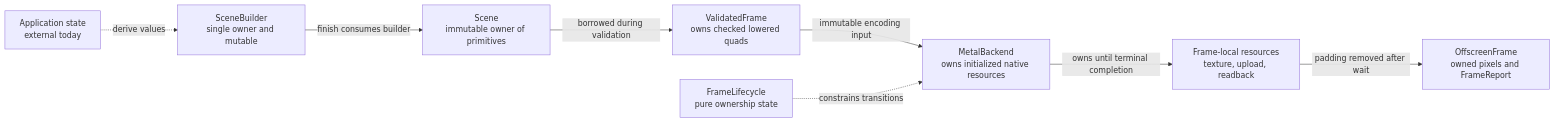
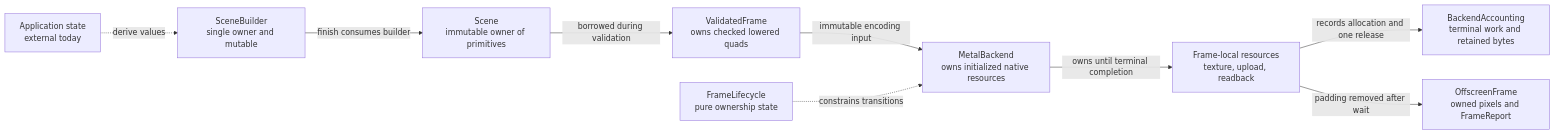
The second of 7 diagrams in ARCHITECTURE.md (dbuddha/alpine-gpui), drawn with Mermaid before and after one commit. The commit also changed other lines of this file and 16 other files, not shown here.

````diff
--- a/ARCHITECTURE.md
+++ b/ARCHITECTURE.md
@@ -87,19 +97,21 @@
 ```mermaid
 flowchart LR
     state["Application state<br/>external today"]
     builder["SceneBuilder<br/>single owner and mutable"]
     snapshot["Scene<br/>immutable owner of primitives"]
     plan["ValidatedFrame<br/>owns checked lowered quads"]
     lifecycle["FrameLifecycle<br/>pure ownership state"]
     renderer["MetalBackend<br/>owns initialized native resources"]
     resources["Frame-local resources<br/>texture, upload, readback"]
+    accounting["BackendAccounting<br/>terminal work and retained bytes"]
     result["OffscreenFrame<br/>owned pixels and FrameReport"]
 
     state -. "derive values" .-> builder
     builder -->|"finish consumes builder"| snapshot
     snapshot -->|"borrowed during validation"| plan
     plan -->|"immutable encoding input"| renderer
     lifecycle -. "constrains transitions" .-> renderer
     renderer -->|"owns until terminal completion"| resources
+    resources -->|"records allocation and one release"| accounting
     resources -->|"padding removed after wait"| result
 ```
````
